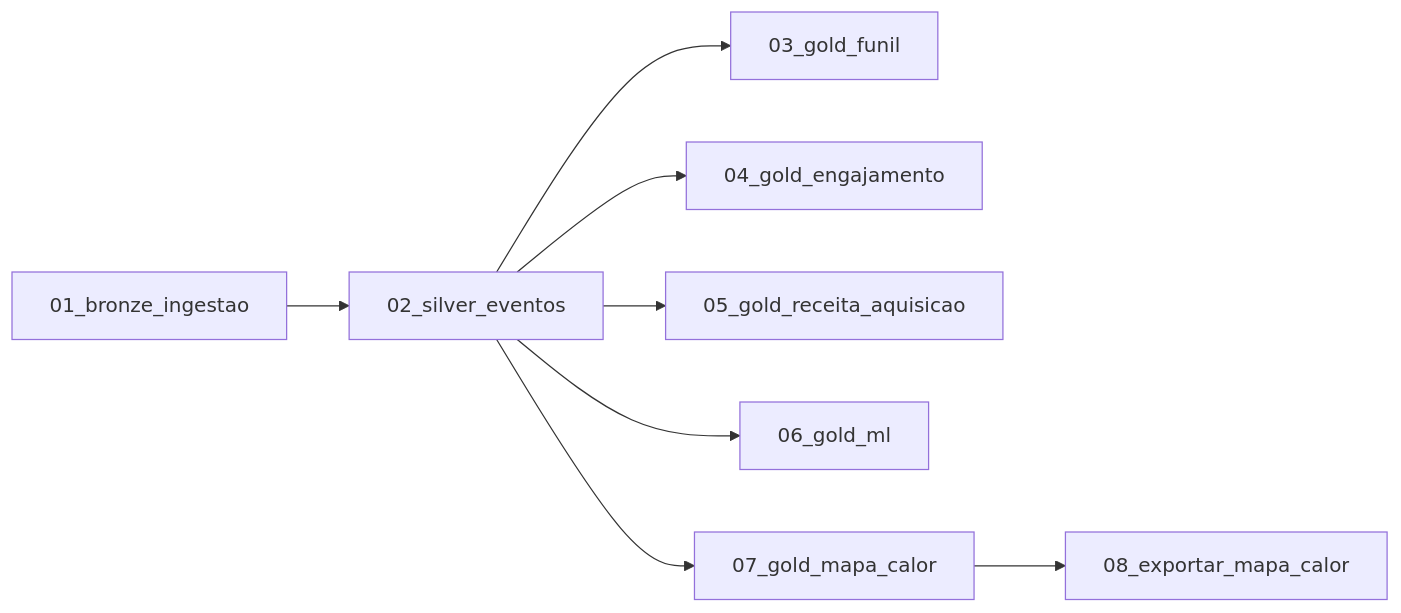
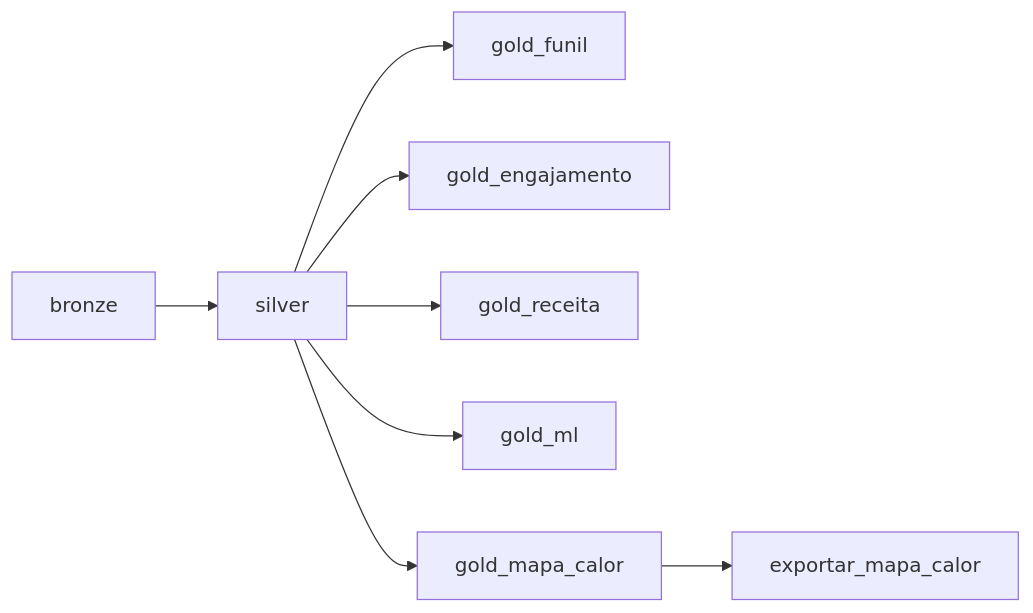
Before and after one commit to sertaoseracloud/projeto-final-tracking: the fourth of 5 diagrams in explorador/README.md, drawn with Mermaid. The commit also changed other lines of this file and 14 other files, not shown here.

````diff
--- a/explorador/README.md
+++ b/explorador/README.md
@@ -146,10 +146,10 @@
 ```mermaid
 flowchart LR
-    b["01_bronze_ingestao"] --> s["02_silver_eventos"]
-    s --> g3["03_gold_funil"]
-    s --> g4["04_gold_engajamento"]
-    s --> g5["05_gold_receita_aquisicao"]
-    s --> g6["06_gold_ml"]
-    s --> g7["07_gold_mapa_calor"]
-    g7 --> e["08_exportar_mapa_calor"]
+    b["bronze"] --> s["silver"]
+    s --> g3["gold_funil"]
+    s --> g4["gold_engajamento"]
+    s --> g5["gold_receita"]
+    s --> g6["gold_ml"]
+    s --> g7["gold_mapa_calor"]
+    g7 --> e["exportar_mapa_calor"]
 ```
````
